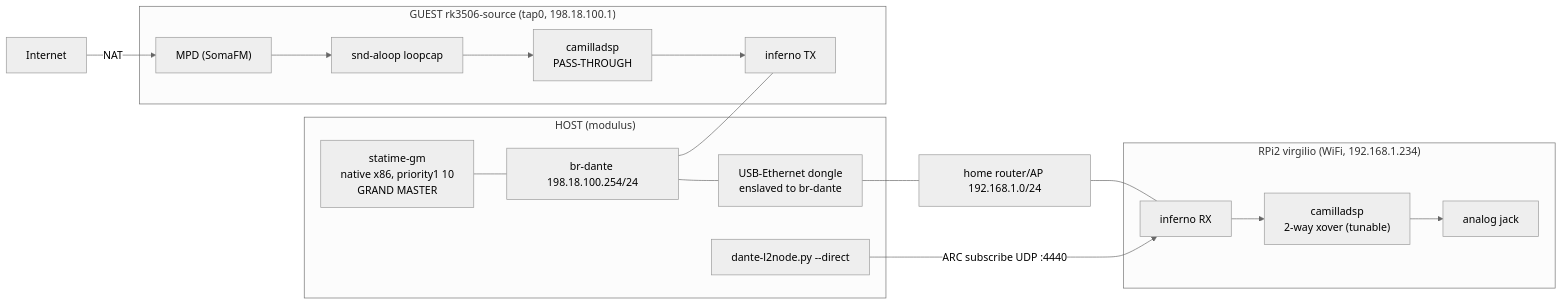
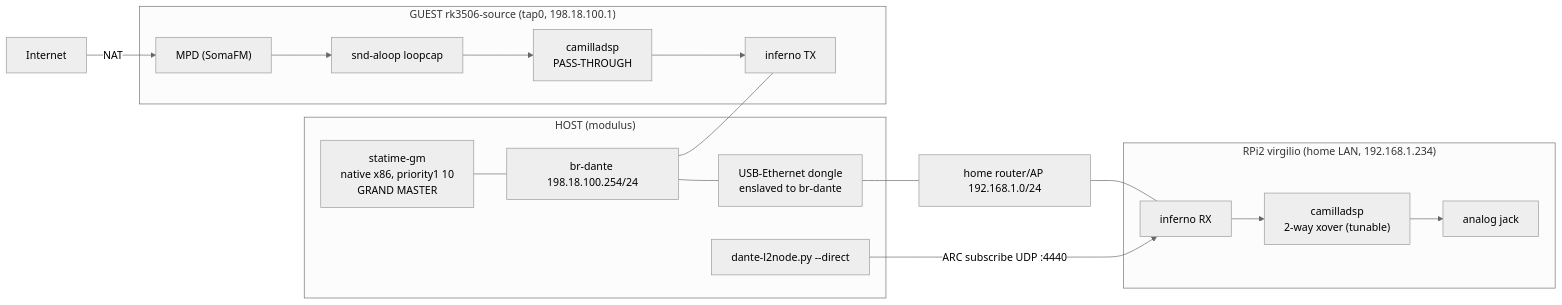
The diagram in docs/bridge-rig-hw-sink.md (hitech95/AoIP-Virgilio), drawn with Mermaid (neutral theme) before and after one commit. The commit also changed other lines of this file, not shown here.

First line of the commit message:
docs: hw-sink rig - the RPi2 is wired, it has no WiFi

````diff
--- a/docs/bridge-rig-hw-sink.md
+++ b/docs/bridge-rig-hw-sink.md
@@ -10,26 +11,26 @@
 ```mermaid
 flowchart LR
     NET["Internet"]
 
     subgraph HOST["HOST (modulus)"]
         GM["statime-gm<br/>native x86, priority1 10<br/>GRAND MASTER"]
         BR["br-dante 198.18.100.254/24"]
         L2N["dante-l2node.py --direct"]
         USB["USB-Ethernet dongle<br/>enslaved to br-dante"]
     end
 
     subgraph SRC["GUEST rk3506-source (tap0, 198.18.100.1)"]
         MPD["MPD (SomaFM)"] --> LP["snd-aloop loopcap"] --> CS["camilladsp<br/>PASS-THROUGH"] --> TX["inferno TX"]
     end
 
     RTR["home router/AP 192.168.1.0/24"]
-    subgraph RPI["RPi2 virgilio (WiFi, 192.168.1.234)"]
+    subgraph RPI["RPi2 virgilio (home LAN, 192.168.1.234)"]
         RX["inferno RX"] --> CS2["camilladsp<br/>2-way xover (tunable)"] --> JK["analog jack"]
     end
 
     NET -->|NAT| MPD
     GM --- BR
     BR --- TX
     BR --- USB --- RTR --- RX
     L2N -->|"ARC subscribe UDP :4440"| RX
 ```
````
